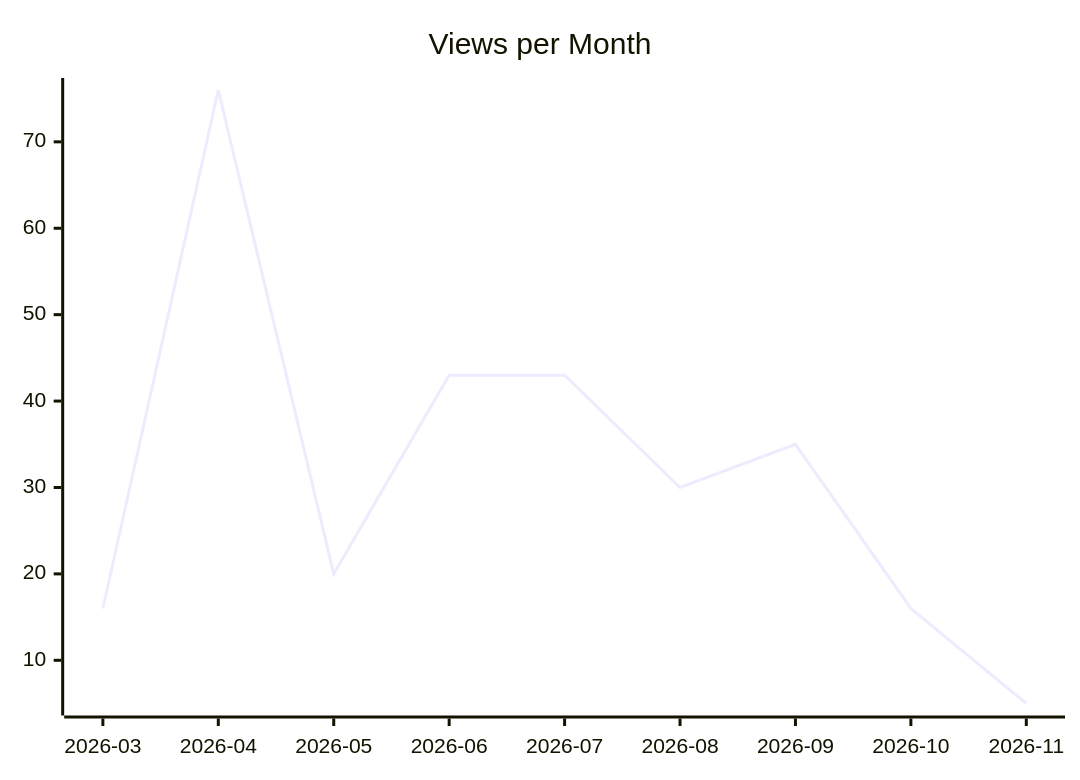
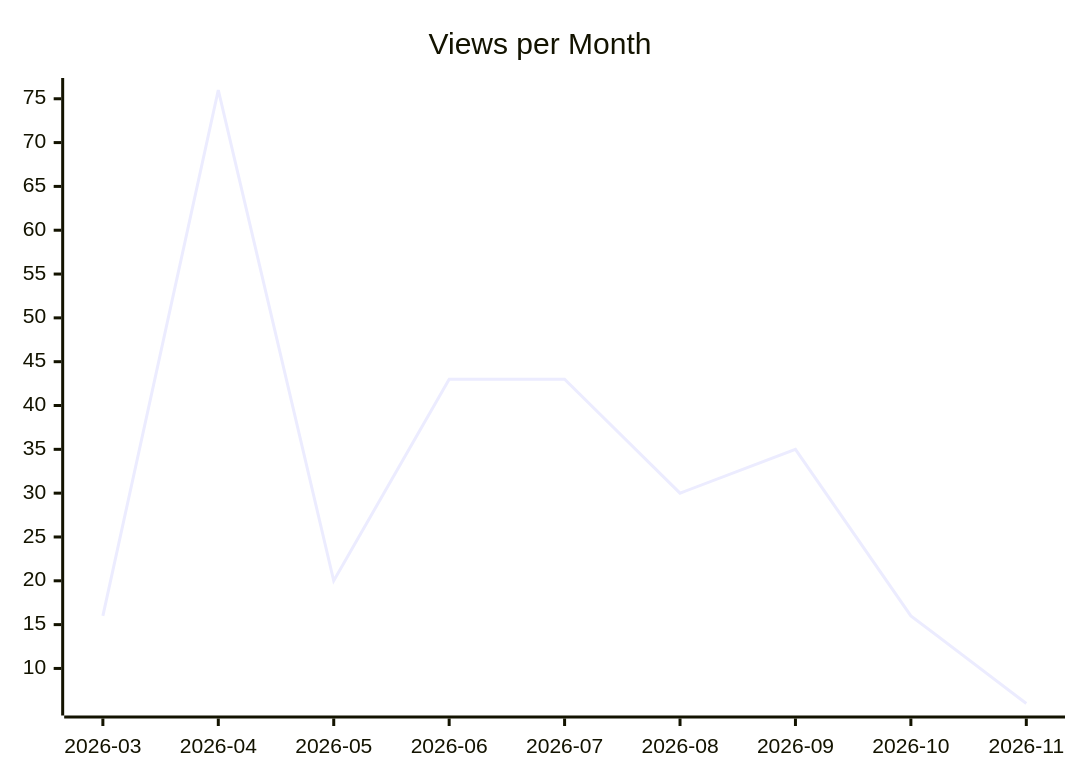
One commit to justdavis-family/github-analytics-data changed the second of 3 diagrams in karlmdavis/ksoap2-android/README.md. Above: the diagram before and after it, drawn with Mermaid. The commit also changed other lines of this file and 193 other files, not shown here.

````diff
--- a/karlmdavis/ksoap2-android/README.md
+++ b/karlmdavis/ksoap2-android/README.md
@@ -12,6 +12,6 @@
 ```mermaid
 xychart-beta
   title "Views per Month"
   x-axis ["2026-03", "2026-04", "2026-05", "2026-06", "2026-07", "2026-08", "2026-09", "2026-10", "2026-11"]
-  line [16, 76, 20, 43, 43, 30, 35, 16, 5]
+  line [16, 76, 20, 43, 43, 30, 35, 16, 6]
 ```
````
